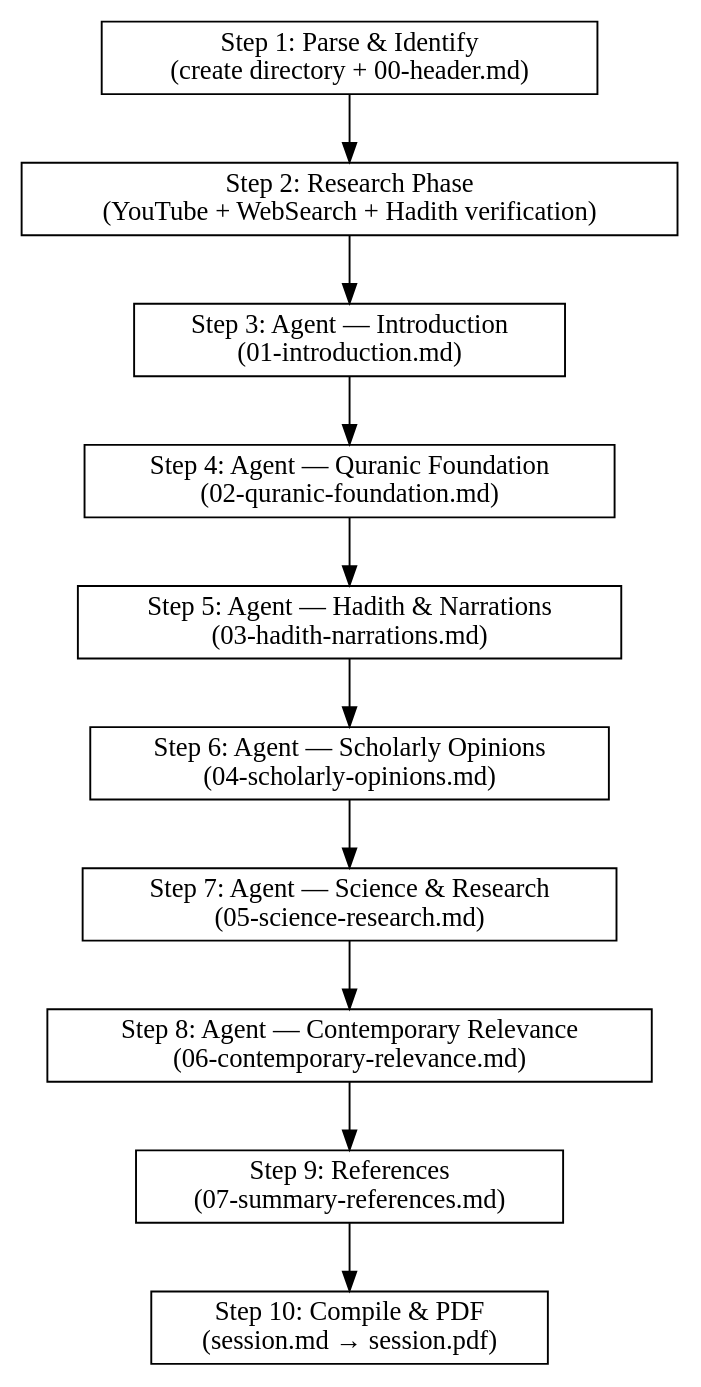
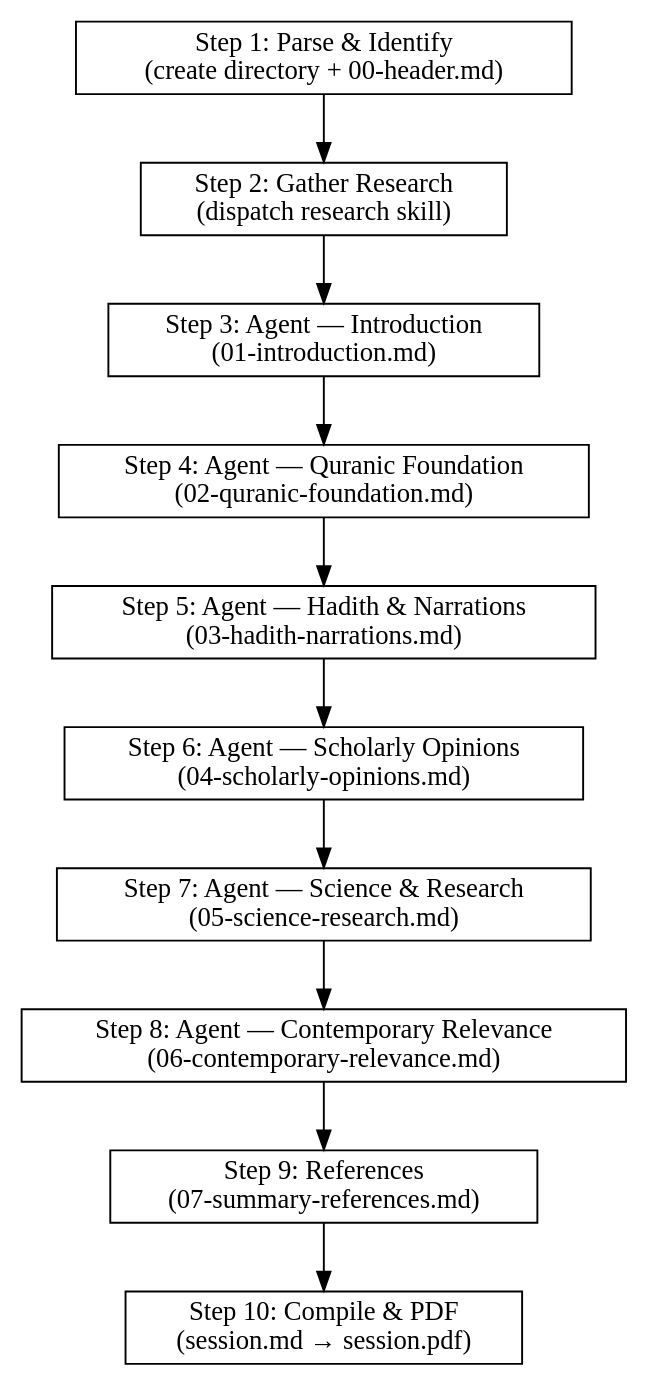
One commit to FayazK/AI-Ustadh changed the diagram in .claude/skills/discover/SKILL.md. Above: the diagram before and after it, drawn with Graphviz. The commit also changed other lines of this file, not shown here.

Commit message:
refactor: discover skill delegates research to centralized research skill

````diff
--- a/.claude/skills/discover/SKILL.md
+++ b/.claude/skills/discover/SKILL.md
@@ -184,19 +170,19 @@
 ```dot
 digraph discover_flow {
     rankdir=TB;
     node [shape=box];
 
     parse [label="Step 1: Parse & Identify\n(create directory + 00-header.md)"];
-    research [label="Step 2: Research Phase\n(YouTube + WebSearch + Hadith verification)"];
+    research [label="Step 2: Gather Research\n(dispatch research skill)"];
     sec1 [label="Step 3: Agent — Introduction\n(01-introduction.md)"];
     sec2 [label="Step 4: Agent — Quranic Foundation\n(02-quranic-foundation.md)"];
     sec3 [label="Step 5: Agent — Hadith & Narrations\n(03-hadith-narrations.md)"];
     sec4 [label="Step 6: Agent — Scholarly Opinions\n(04-scholarly-opinions.md)"];
     sec5 [label="Step 7: Agent — Science & Research\n(05-science-research.md)"];
     sec6 [label="Step 8: Agent — Contemporary Relevance\n(06-contemporary-relevance.md)"];
     sec7 [label="Step 9: References\n(07-summary-references.md)"];
     compile [label="Step 10: Compile & PDF\n(session.md → session.pdf)"];
 
     parse -> research -> sec1 -> sec2 -> sec3 -> sec4 -> sec5 -> sec6 -> sec7 -> compile;
 }
 ```
````
